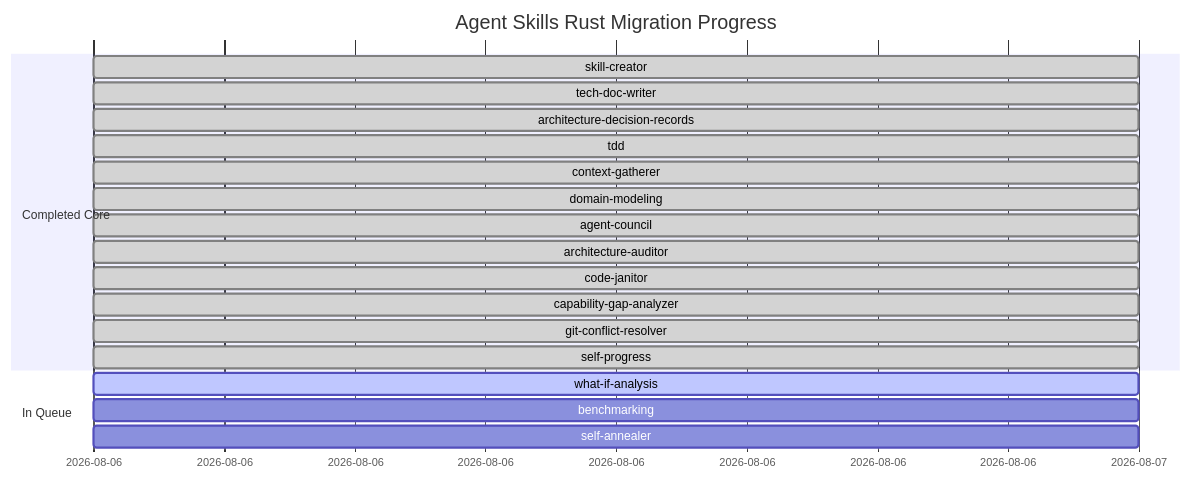
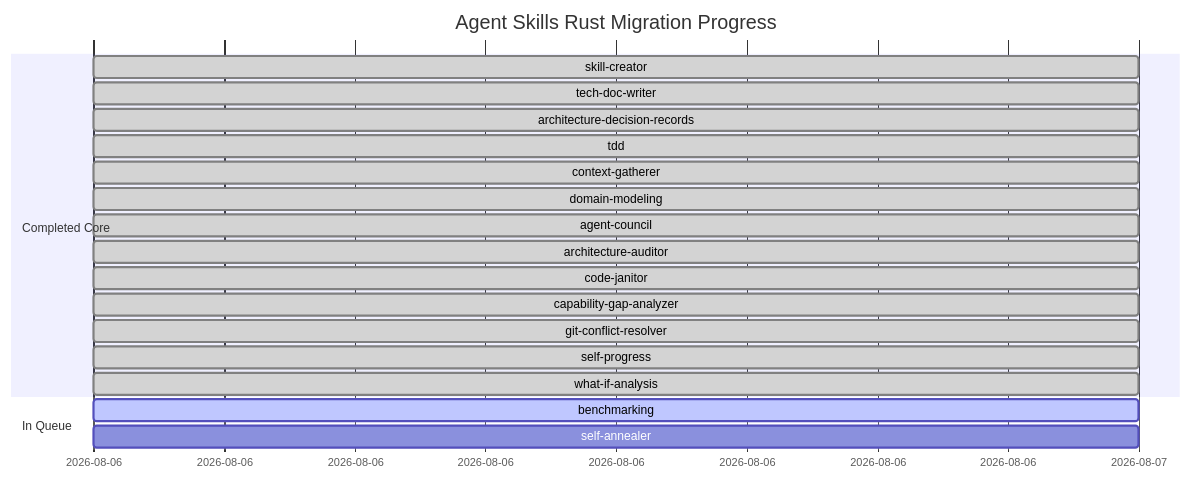
One commit to louis-pvs/agent-skills changed the diagram in docs/migration_progress.md. Above: the diagram before and after it, drawn with Mermaid. The commit also changed other lines of this file and 5 other files, not shown here.

Commit message:
feat(what-if-analysis): migrate skill automation to Rust CLI via TDD protocol

````diff
--- a/docs/migration_progress.md
+++ b/docs/migration_progress.md
@@ -26,22 +26,22 @@
 ```mermaid
 gantt
     title Agent Skills Rust Migration Progress
     dateFormat  YYYY-MM-DD
     section Completed Core
     skill-creator                  :done, 2026-08-06, 1d
     tech-doc-writer                :done, 2026-08-06, 1d
     architecture-decision-records  :done, 2026-08-06, 1d
     tdd                            :done, 2026-08-06, 1d
     context-gatherer               :done, 2026-08-06, 1d
     domain-modeling                :done, 2026-08-06, 1d
     agent-council                  :done, 2026-08-06, 1d
     architecture-auditor           :done, 2026-08-06, 1d
     code-janitor                   :done, 2026-08-06, 1d
     capability-gap-analyzer        :done, 2026-08-06, 1d
     git-conflict-resolver         :done, 2026-08-06, 1d
     self-progress                  :done, 2026-08-06, 1d
+    what-if-analysis               :done, 2026-08-06, 1d
     section In Queue
-    what-if-analysis               :active, 2026-08-06, 1d
-    benchmarking                   :2026-08-06, 1d
+    benchmarking                   :active, 2026-08-06, 1d
     self-annealer                  :2026-08-06, 1d
 ```
````
